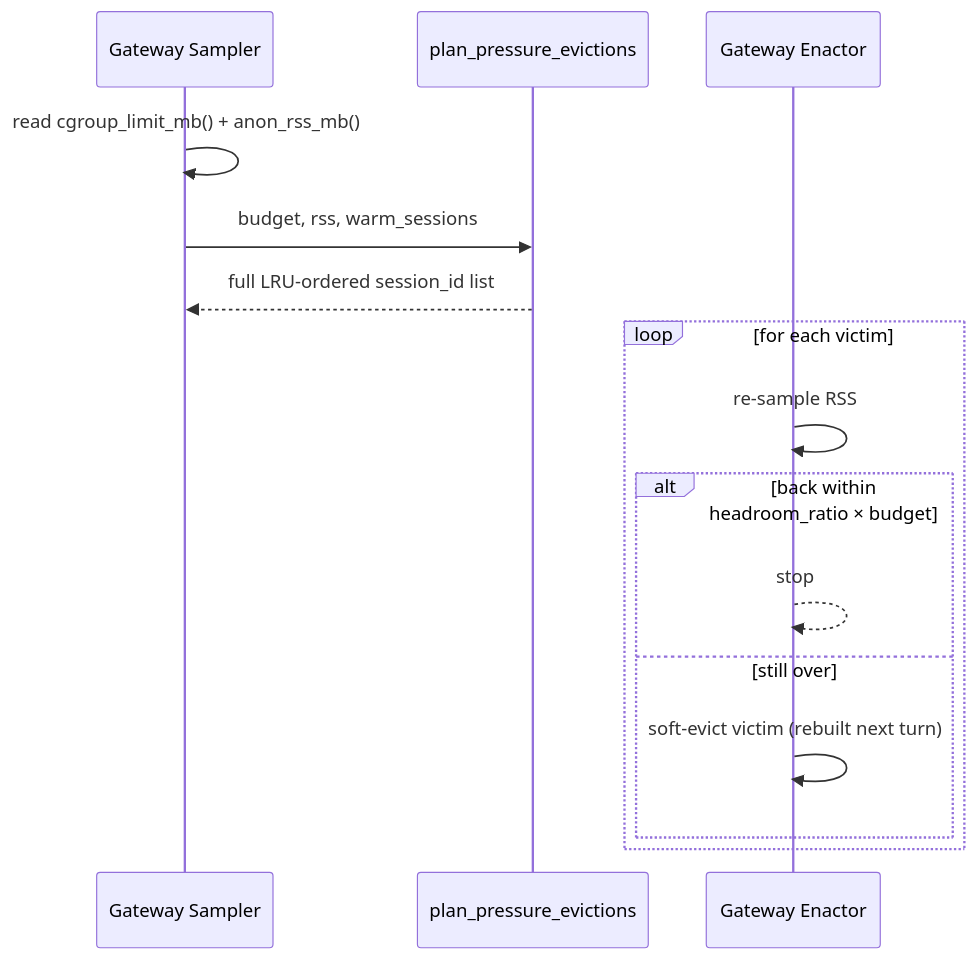
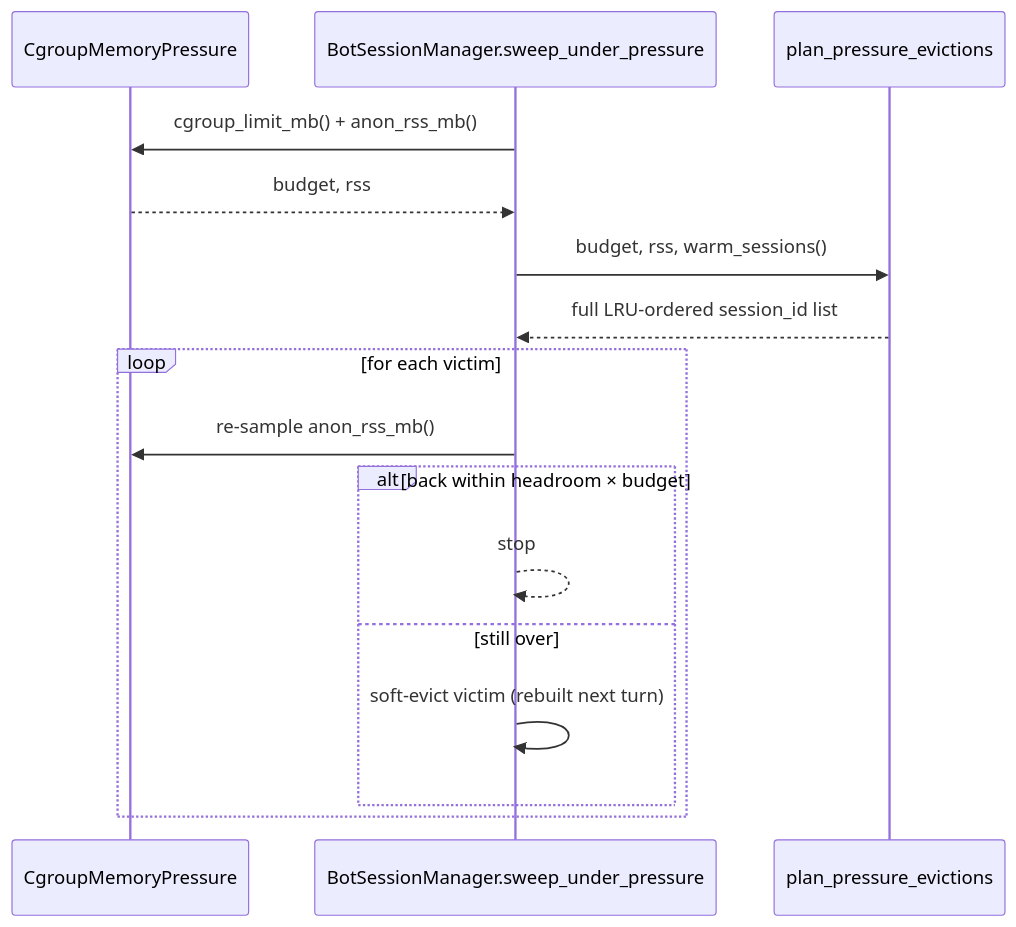
The third of 3 diagrams in docs/features/gateway-memory-pressure-eviction.mdx (MervinPraison/PraisonAIDocs), drawn with Mermaid before and after one commit. The commit also changed other lines of this file and 2 other files, not shown here.

First line of the commit message:
docs: update gateway-memory-pressure-eviction for wrapper-side wiring (fixes #3265)

````diff
--- a/docs/features/gateway-memory-pressure-eviction.mdx
+++ b/docs/features/gateway-memory-pressure-eviction.mdx
@@ -197,17 +238,18 @@
 ```mermaid
 sequenceDiagram
-    participant Sampler as Gateway Sampler
+    participant Probe as CgroupMemoryPressure
+    participant Enactor as BotSessionManager.sweep_under_pressure
     participant Planner as plan_pressure_evictions
-    participant Enactor as Gateway Enactor
-    Sampler->>Sampler: read cgroup_limit_mb() + anon_rss_mb()
-    Sampler->>Planner: budget, rss, warm_sessions
-    Planner-->>Sampler: full LRU-ordered session_id list
+    Enactor->>Probe: cgroup_limit_mb() + anon_rss_mb()
+    Probe-->>Enactor: budget, rss
+    Enactor->>Planner: budget, rss, warm_sessions()
+    Planner-->>Enactor: full LRU-ordered session_id list
     loop for each victim
-        Enactor->>Enactor: re-sample RSS
-        alt back within headroom_ratio × budget
+        Enactor->>Probe: re-sample anon_rss_mb()
+        alt back within headroom × budget
             Enactor-->>Enactor: stop
         else still over
             Enactor->>Enactor: soft-evict victim (rebuilt next turn)
         end
     end
 ```
````
